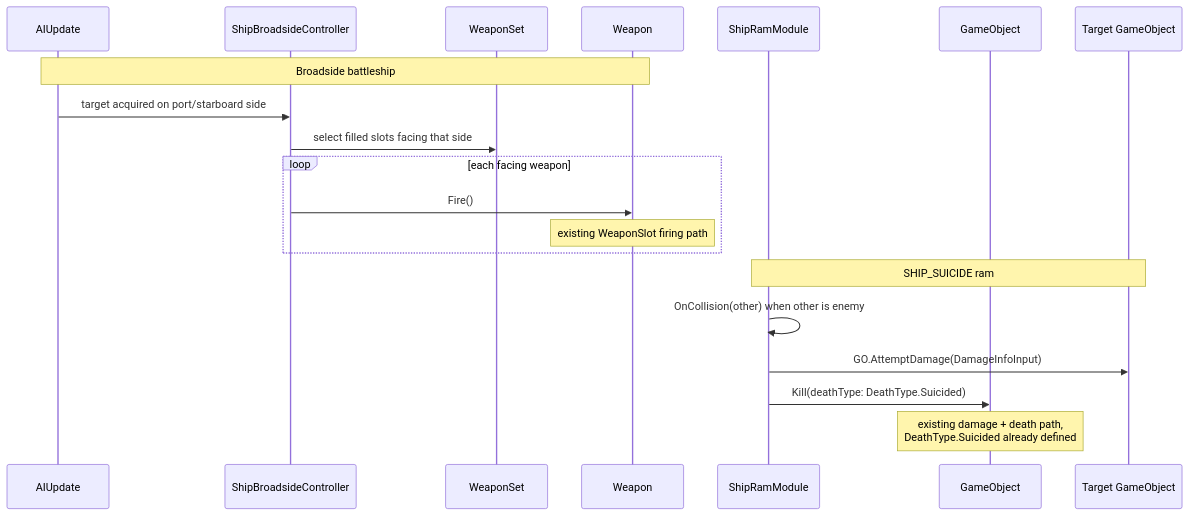
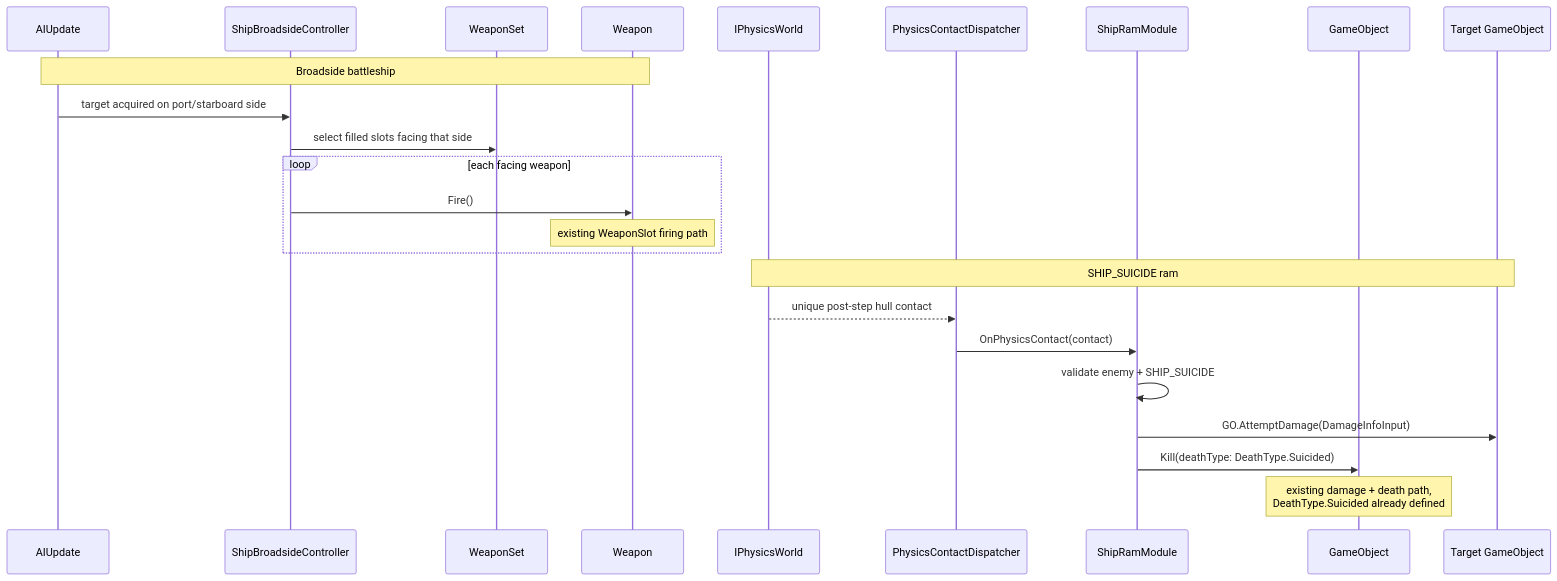
Before and after one commit to rmessinger/Panopticon: the fourth of 4 diagrams in docs/roadmap/deep-dives/e1-e2-naval-warfare.md, drawn with Mermaid. The commit also changed other lines of this file and 15 other files, not shown here.

First line of the commit message:
docs: expand Bepu object physics roadmap

````diff
--- a/docs/roadmap/deep-dives/e1-e2-naval-warfare.md
+++ b/docs/roadmap/deep-dives/e1-e2-naval-warfare.md
@@ -333,24 +353,28 @@
 ```mermaid
 sequenceDiagram
   participant AI as AIUpdate
   participant BC as ShipBroadsideController
   participant WS as WeaponSet
   participant W as Weapon
+  participant PW as IPhysicsWorld
+  participant CD as PhysicsContactDispatcher
   participant RM as ShipRamModule
   participant GO as GameObject
   participant T as Target GameObject
 
   Note over AI,W: Broadside battleship
   AI->>BC: target acquired on port/starboard side
   BC->>WS: select filled slots facing that side
   loop each facing weapon
     BC->>W: Fire()
     Note over W: existing WeaponSlot firing path
   end
 
-  Note over RM,T: SHIP_SUICIDE ram
-  RM->>RM: OnCollision(other) when other is enemy
+  Note over PW,T: SHIP_SUICIDE ram
+  PW-->>CD: unique post-step hull contact
+  CD->>RM: OnPhysicsContact(contact)
+  RM->>RM: validate enemy + SHIP_SUICIDE
   RM->>T: GO.AttemptDamage(DamageInfoInput)
   RM->>GO: Kill(deathType: DeathType.Suicided)
   Note over GO: existing damage + death path,<br/>DeathType.Suicided already defined
 ```
````
